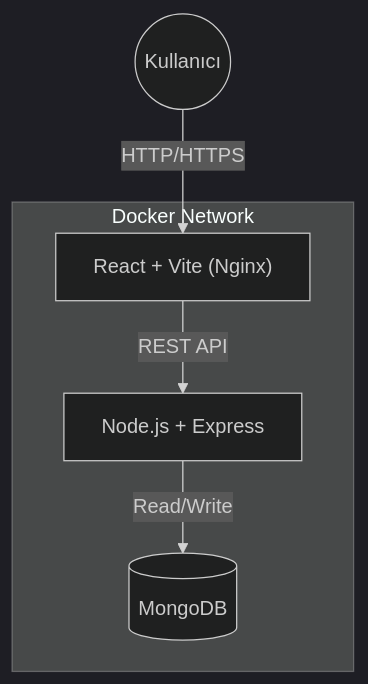
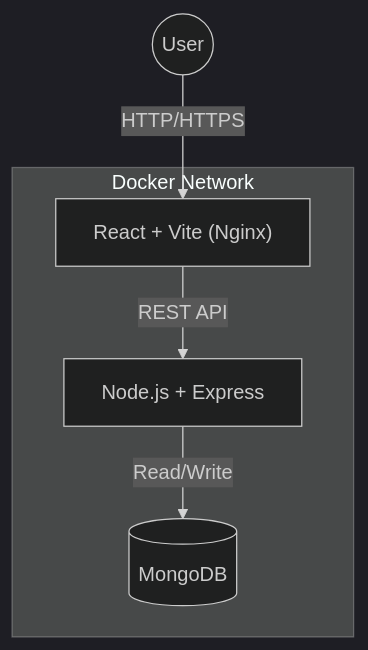
Before and after one commit to msaitbutun/SecureLeadVault: the diagram in README.md, drawn with Mermaid (dark theme). The commit also changed other lines of this file, not shown here.

`````diff
--- a/README.md
+++ b/README.md
@@ -21,12 +19,12 @@
 ```mermaid
 graph TD;
-    User((Kullanıcı)) -->|HTTP/HTTPS| Frontend["React + Vite (Nginx)"];
+    User((User)) -->|HTTP/HTTPS| Frontend["React + Vite (Nginx)"];
     Frontend -->|REST API| Backend["Node.js + Express"];
     Backend -->|Read/Write| DB[(MongoDB)];
     
     subgraph "Docker Network"
     Frontend
     Backend
     DB
     end
 ````
`````
